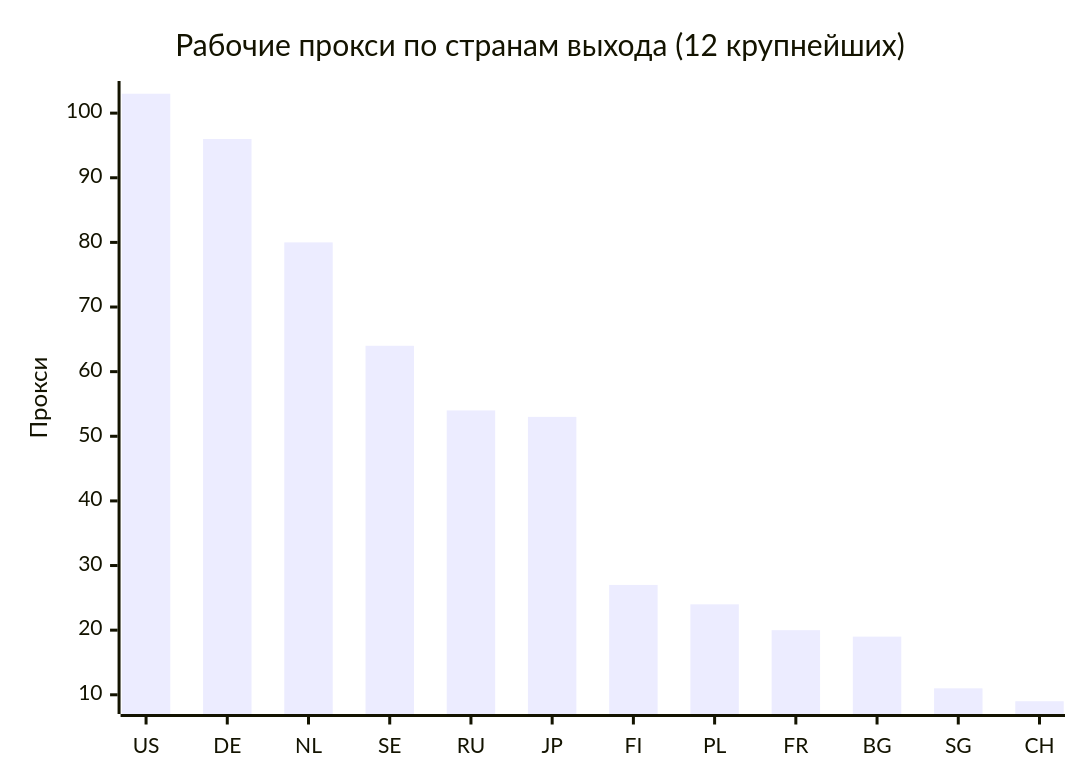
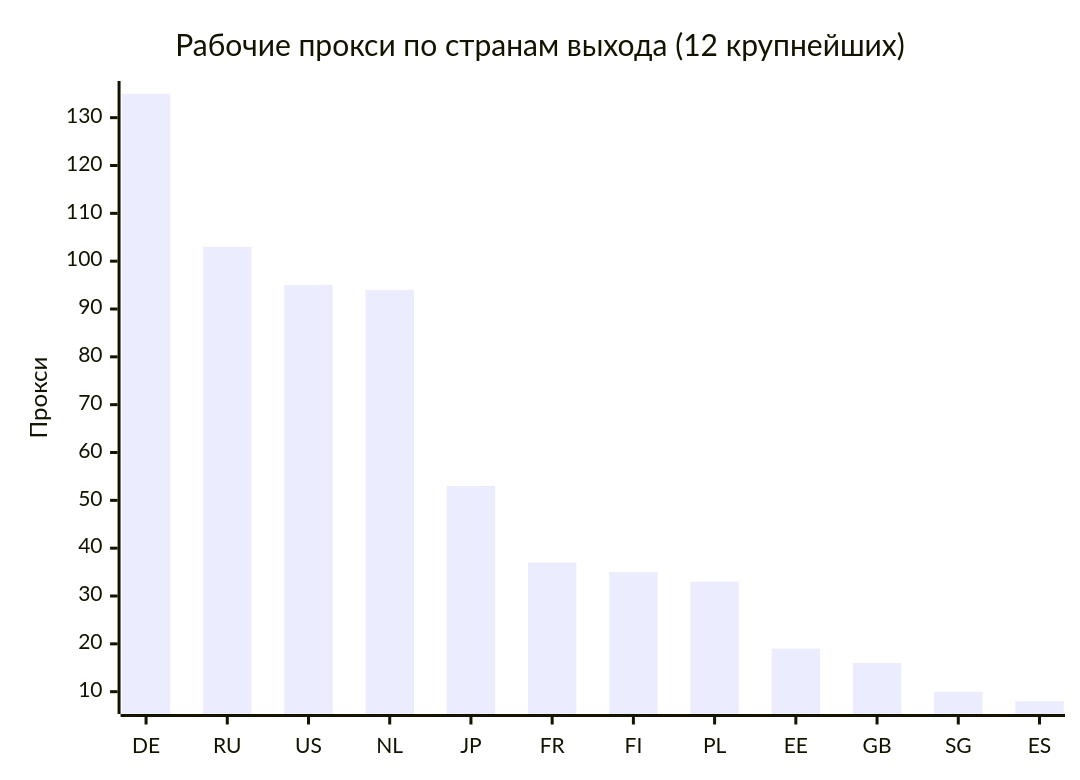
Before and after one commit to rvvg/proxy-subs: the second of 4 diagrams in README.md, drawn with Mermaid. The commit also changed other lines of this file and 43 other files, not shown here.

````diff
--- a/README.md
+++ b/README.md
@@ -123,7 +122,7 @@
 ```mermaid
 xychart-beta
     title "Рабочие прокси по странам выхода (12 крупнейших)"
-    x-axis ["US", "DE", "NL", "SE", "RU", "JP", "FI", "PL", "FR", "BG", "SG", "CH"]
+    x-axis ["DE", "RU", "US", "NL", "JP", "FR", "FI", "PL", "EE", "GB", "SG", "ES"]
     y-axis "Прокси"
-    bar [103, 96, 80, 64, 54, 53, 27, 24, 20, 19, 11, 9]
+    bar [135, 103, 95, 94, 53, 37, 35, 33, 19, 16, 10, 8]
 ```
````
